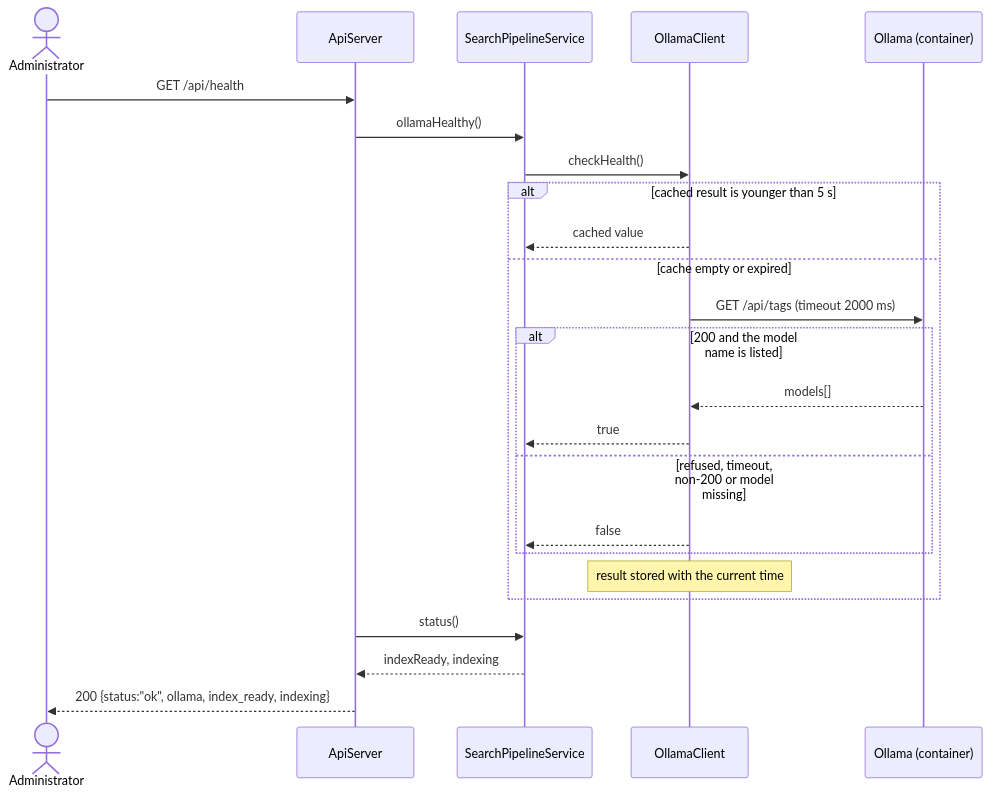
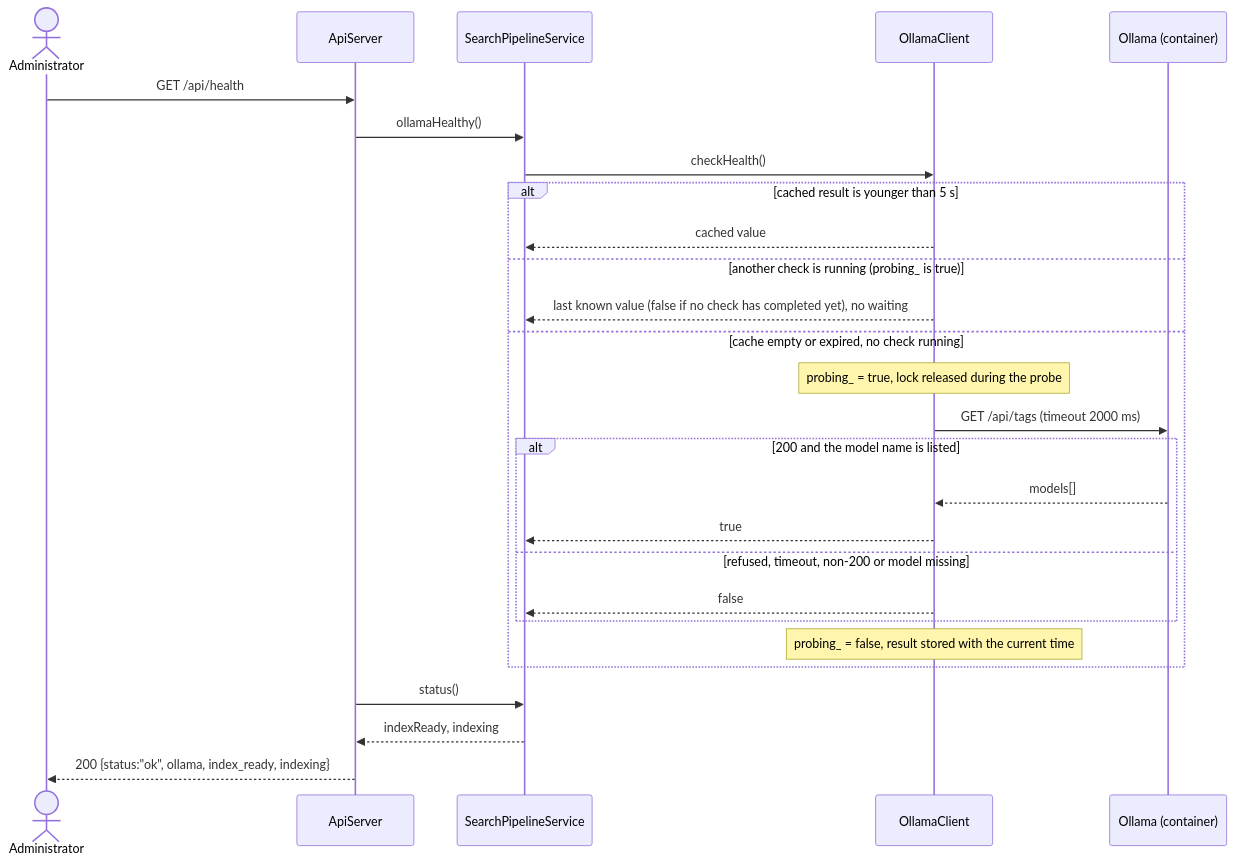
The sixth of 6 diagrams in docs/uml/README.md (Stalkeroid/OP_Course), drawn with Mermaid before and after one commit. The commit also changed other lines of this file and 5 other files, not shown here.

````diff
--- a/docs/uml/README.md
+++ b/docs/uml/README.md
@@ -468,27 +513,30 @@
 ```mermaid
 sequenceDiagram
   actor Admin as Administrator
   participant API as ApiServer
   participant Svc as SearchPipelineService
   participant Oll as OllamaClient
   participant Ollama as Ollama (container)
 
   Admin->>API: GET /api/health
   API->>Svc: ollamaHealthy()
   Svc->>Oll: checkHealth()
   alt cached result is younger than 5 s
     Oll-->>Svc: cached value
-  else cache empty or expired
+  else another check is running (probing_ is true)
+    Oll-->>Svc: last known value (false if no check has completed yet), no waiting
+  else cache empty or expired, no check running
+    Note over Oll: probing_ = true, lock released during the probe
     Oll->>Ollama: GET /api/tags (timeout 2000 ms)
     alt 200 and the model name is listed
       Ollama-->>Oll: models[]
       Oll-->>Svc: true
     else refused, timeout, non-200 or model missing
       Oll-->>Svc: false
     end
-    Note over Oll: result stored with the current time
+    Note over Oll: probing_ = false, result stored with the current time
   end
   API->>Svc: status()
   Svc-->>API: indexReady, indexing
   API-->>Admin: 200 {status:"ok", ollama, index_ready, indexing}
 ```
````
